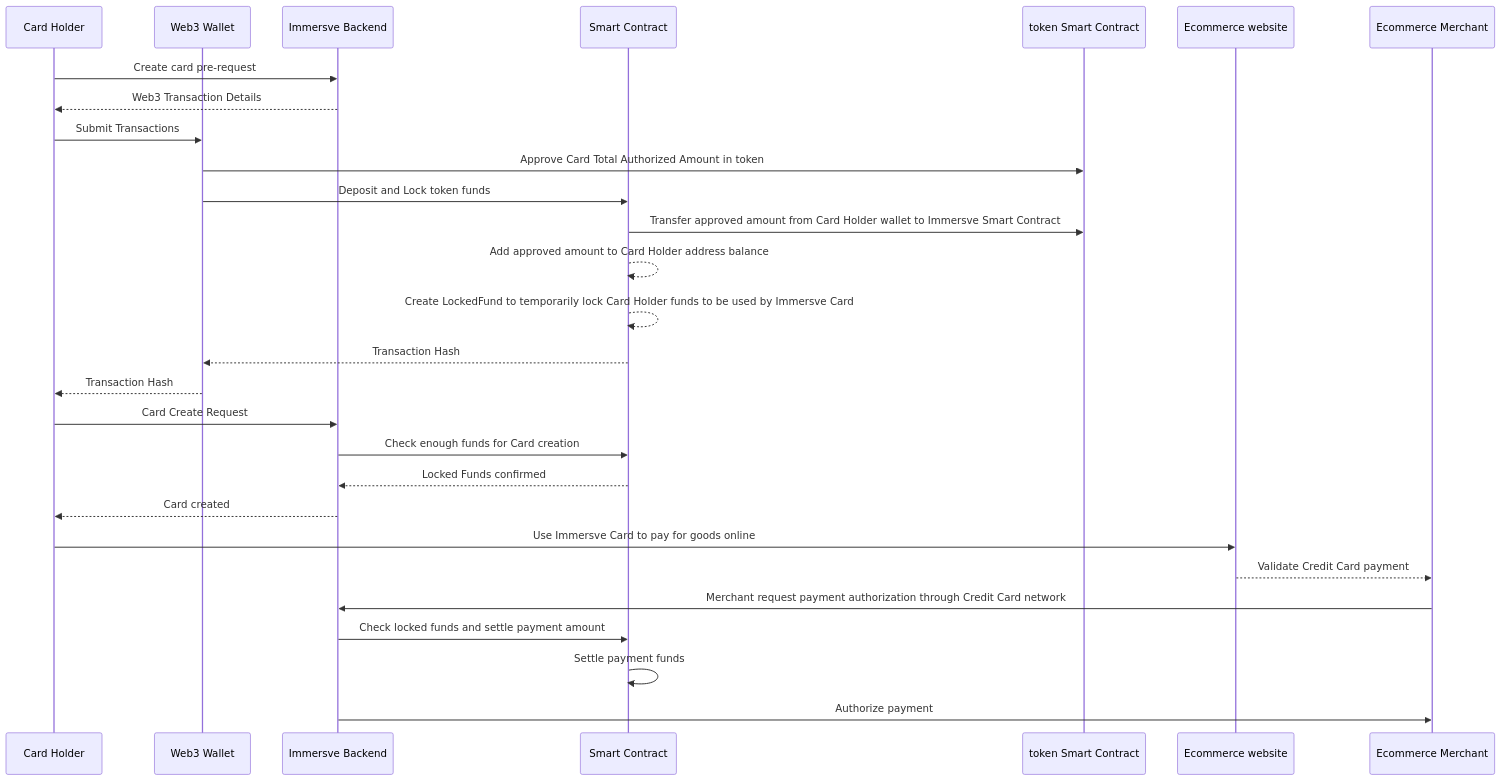
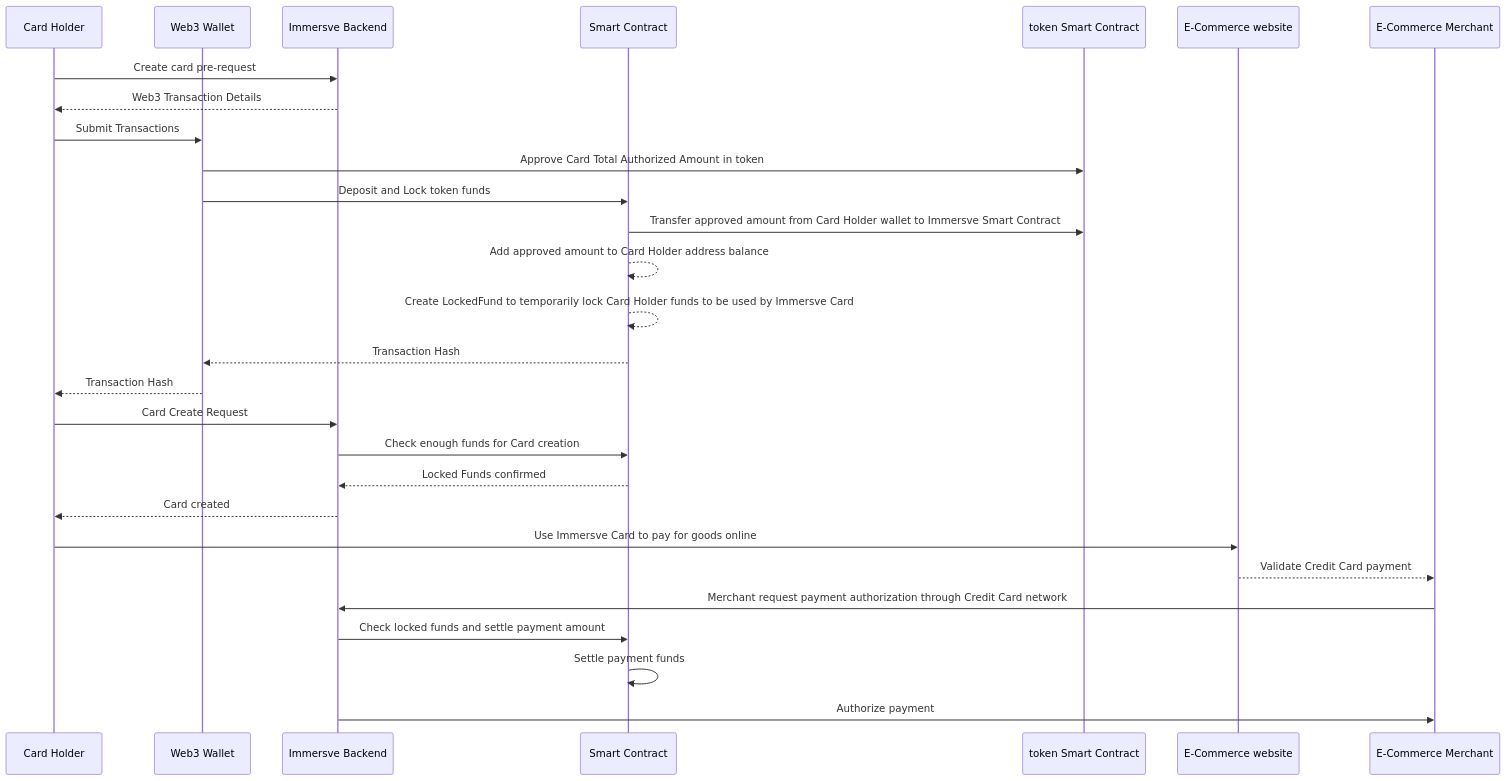
Before and after one commit to immersve/immersve-docs: the second of 2 diagrams in docs/contracts/payment-protocol.md, drawn with Mermaid. The commit also changed other lines of this file, not shown here.

````diff
--- a/docs/contracts/payment-protocol.md
+++ b/docs/contracts/payment-protocol.md
@@ -112,30 +112,30 @@
 ```mermaid
 sequenceDiagram
     participant H as Card Holder
     participant W as Web3 Wallet
     participant I as Immersve Backend
     participant S as Smart Contract
     participant U as token Smart Contract
-    participant E as Ecommerce website
-    participant M as Ecommerce Merchant
+    participant E as E-Commerce website
+    participant M as E-Commerce Merchant
     H->>I: Create card pre-request
     I-->>H: Web3 Transaction Details
     H->>W: Submit Transactions
     W->>U: Approve Card Total Authorized Amount in token
     W->>S: Deposit and Lock token funds
     S->>U: Transfer approved amount from Card Holder wallet to Immersve Smart Contract
     S-->>S: Add approved amount to Card Holder address balance
     S-->>S: Create LockedFund to temporarily lock Card Holder funds to be used by Immersve Card
     S-->>W: Transaction Hash
     W-->>H: Transaction Hash
     H->>I: Card Create Request
     I->>S: Check enough funds for Card creation
     S-->>I: Locked Funds confirmed
     I-->>H: Card created
     H->>E: Use Immersve Card to pay for goods online
     E-->>M: Validate Credit Card payment
     M->>I: Merchant request payment authorization through Credit Card network
     I->>S: Check locked funds and settle payment amount
     S->>S: Settle payment funds
     I->>M: Authorize payment
 ```
````
